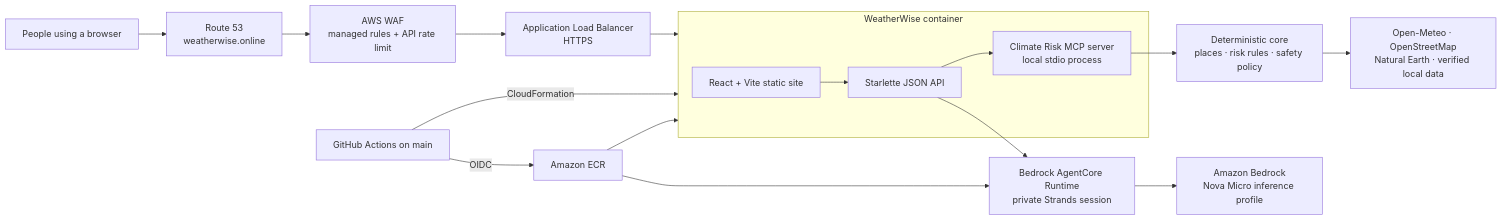
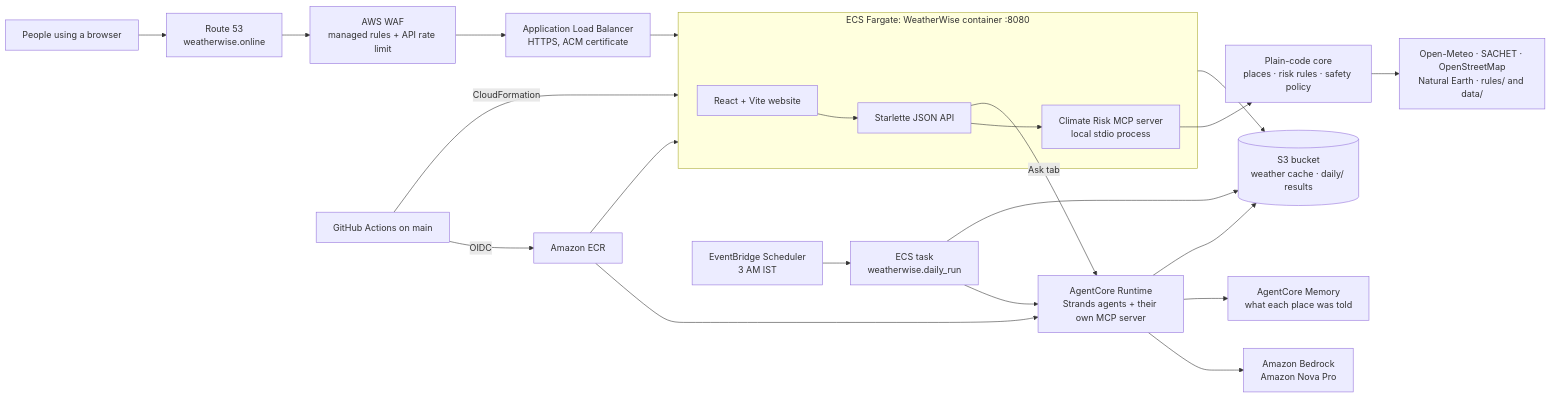
One commit to princebirring/weatherwise changed the diagram in infra/ARCHITECTURE.md. Above: the diagram before and after it, drawn with Mermaid. The commit also changed other lines of this file and 72 other files, not shown here.

````diff
--- a/infra/ARCHITECTURE.md
+++ b/infra/ARCHITECTURE.md
@@ -5,25 +8,32 @@
 ```mermaid
 flowchart LR
     U[People using a browser] --> DNS[Route 53\nweatherwise.online]
     DNS --> WAF[AWS WAF\nmanaged rules + API rate limit]
-    WAF --> ALB[Application Load Balancer\nHTTPS]
-    ALB --> ECS[ECS Fargate task\nWeatherWise container :8080]
+    WAF --> ALB[Application Load Balancer\nHTTPS, ACM certificate]
+    ALB --> ECS
 
-    subgraph ECS[WeatherWise container]
-        WEB[React + Vite static site]
+    subgraph ECS[ECS Fargate: WeatherWise container :8080]
+        WEB[React + Vite website]
         API[Starlette JSON API]
         MCP[Climate Risk MCP server\nlocal stdio process]
         WEB --> API
         API --> MCP
     end
 
-    MCP --> CORE[Deterministic core\nplaces · risk rules · safety policy]
-    CORE --> DATA[Open-Meteo · OpenStreetMap\nNatural Earth · verified local data]
-    API --> RUNTIME[Bedrock AgentCore Runtime\nprivate Strands session]
-    RUNTIME --> BEDROCK[Amazon Bedrock\nNova Micro inference profile]
+    MCP --> CORE[Plain-code core\nplaces · risk rules · safety policy]
+    CORE --> DATA[Open-Meteo · SACHET · OpenStreetMap\nNatural Earth · rules/ and data/]
+    API -->|Ask tab| RUNTIME[AgentCore Runtime\nStrands agents + their own MCP server]
+    RUNTIME --> BEDROCK[Amazon Bedrock\nAmazon Nova Pro]
+    RUNTIME --> MEMORY[AgentCore Memory\nwhat each place was told]
+
+    SCHED[EventBridge Scheduler\n3 AM IST] --> DAILY[ECS task\nweatherwise.daily_run]
+    DAILY --> RUNTIME
+    DAILY --> S3[(S3 bucket\nweather cache · daily/ results)]
+    ECS --> S3
+    RUNTIME --> S3
 
     GH[GitHub Actions on main] -->|OIDC| ECR[Amazon ECR]
     GH -->|CloudFormation| ECS
     ECR --> ECS
     ECR --> RUNTIME
 ```
````
